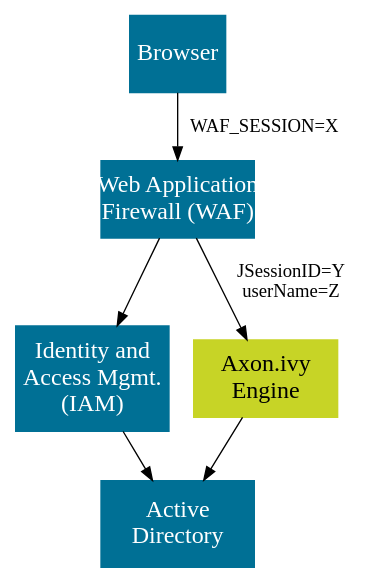
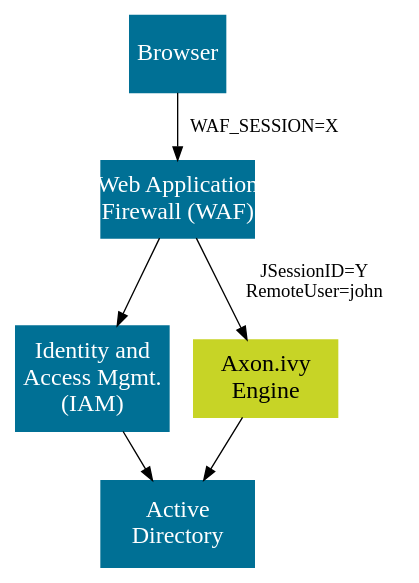
The diagram in source/engine-guide/integration/single-sign-on/web-application-firewall/overview.dot (bernhardAxonIvy/doc), drawn with Graphviz before and after one commit. The commit also changed 5 other files, not shown here.

```diff
--- a/source/engine-guide/integration/single-sign-on/web-application-firewall/overview.dot
+++ b/source/engine-guide/integration/single-sign-on/web-application-firewall/overview.dot
@@ -1,26 +1,26 @@
 
 digraph overview {
   node [
     shape=box, 
     style=filled,
     margin=0 width=2 height=0.8
     fontcolor="white",    
     color="#007095",
     fixedsize=true,
     fontsize=18
   ];
 
   browser [ label="Browser", pos = "0,3!", width=1];
 
   waf [ label="Web Application\nFirewall (WAF)",pos = "3.5,3!" width=1.6];
   iam [ label="Identity and\nAccess Mgmt.\n(IAM)",pos = "3.5,1.5!" height=1.1 width=1.6];
   ad [ label="Active\nDirectory",pos = "3.5,0!" height=0.9 width=1.6];
  
   engine [label="Axon.ivy\nEngine", pos="7,3!", width="1.5", color="#C7D426", fontcolor="black"];
   
   browser -> waf [ label="WAF_SESSION=X"];
-  waf -> engine [ label="JSessionID=Y\nuserName=Z"];
+  waf -> engine [ label="JSessionID=Y\nRemoteUser=john"];
   engine -> ad;
   iam -> ad;
   waf -> iam;
 }
```
